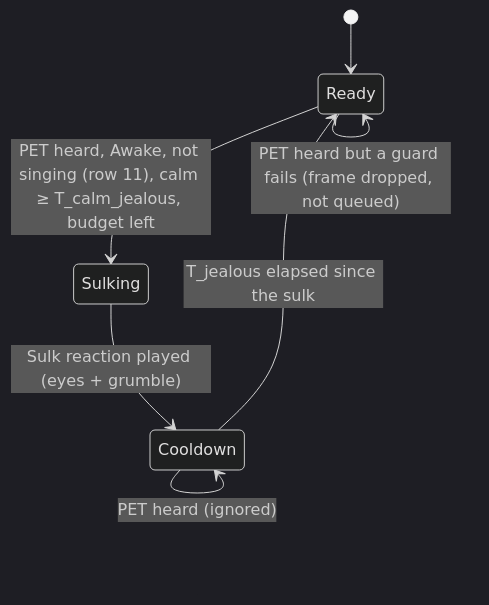
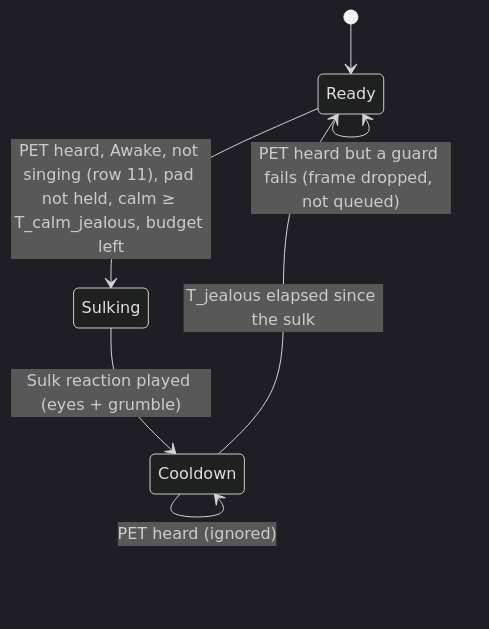
One commit to benoit-bremaud/cubbies changed the diagram in docs/architecture/diagrams/social-group/05e-state-jealousy.md. Above: the diagram before and after it, drawn with Mermaid (dark theme). The commit also changed other lines of this file and 5 other files, not shown here.

Commit message:
test(social): red test for 05e row 2b, a held pad blocks the sulk

````diff
--- a/docs/architecture/diagrams/social-group/05e-state-jealousy.md
+++ b/docs/architecture/diagrams/social-group/05e-state-jealousy.md
@@ -44,9 +44,9 @@
 ```mermaid
 stateDiagram-v2
   [*] --> Ready
-  Ready --> Sulking: PET heard, Awake, not singing (row 11), calm ≥ T_calm_jealous, budget left
+  Ready --> Sulking: PET heard, Awake, not singing (row 11), pad not held, calm ≥ T_calm_jealous, budget left
   Sulking --> Cooldown: Sulk reaction played (eyes + grumble)
   Cooldown --> Ready: T_jealous elapsed since the sulk
   Ready --> Ready: PET heard but a guard fails (frame dropped, not queued)
   Cooldown --> Cooldown: PET heard (ignored)
 ```
````
